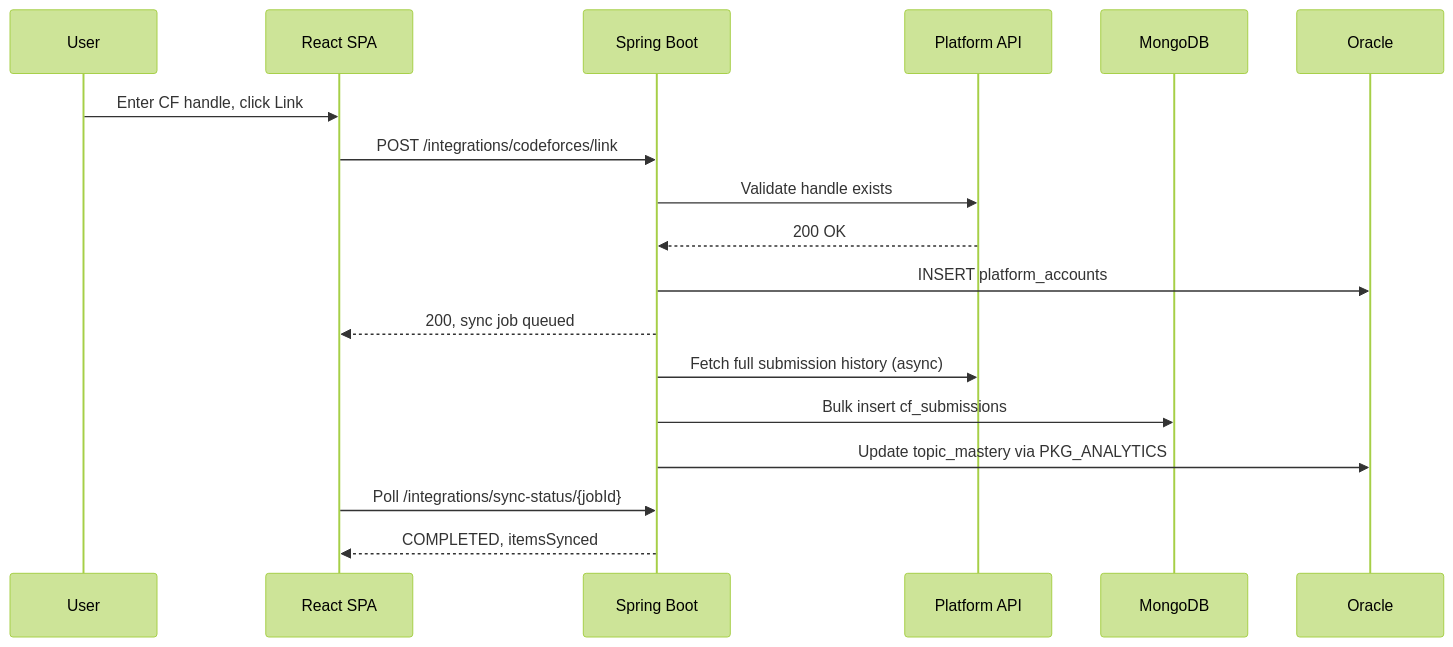
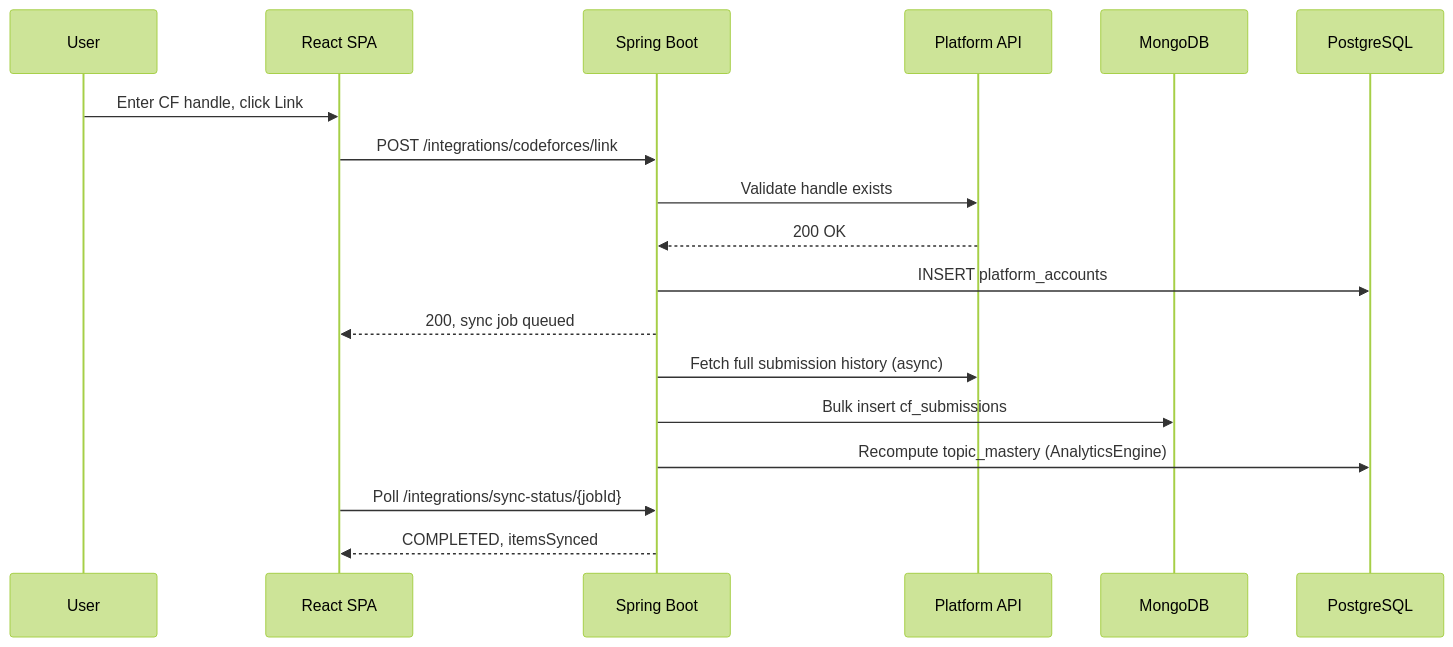
One commit to ayushtiwari1405/cpintel changed the second of 5 diagrams in docs/ARCHITECTURE.md. Above: the diagram before and after it, drawn with Mermaid (forest theme). The commit also changed other lines of this file and 307 other files, not shown here.

````diff
--- a/docs/ARCHITECTURE.md
+++ b/docs/ARCHITECTURE.md
@@ -47,21 +70,21 @@
 ```mermaid
 sequenceDiagram
     participant U as User
     participant FE as React SPA
     participant API as Spring Boot
     participant EXT as Platform API
     participant MDB as MongoDB
-    participant ORA as Oracle
+    participant PG as PostgreSQL
 
     U->>FE: Enter CF handle, click Link
     FE->>API: POST /integrations/codeforces/link
     API->>EXT: Validate handle exists
     EXT-->>API: 200 OK
-    API->>ORA: INSERT platform_accounts
+    API->>PG: INSERT platform_accounts
     API-->>FE: 200, sync job queued
     API->>EXT: Fetch full submission history (async)
     API->>MDB: Bulk insert cf_submissions
-    API->>ORA: Update topic_mastery via PKG_ANALYTICS
+    API->>PG: Recompute topic_mastery (AnalyticsEngine)
     FE->>API: Poll /integrations/sync-status/{jobId}
     API-->>FE: COMPLETED, itemsSynced
 ```
````
